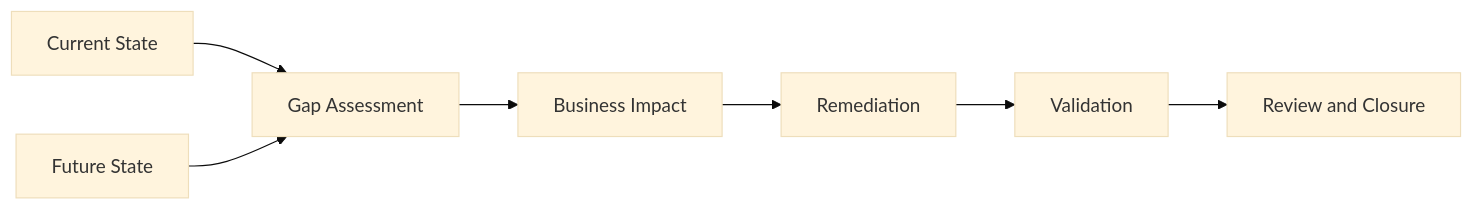
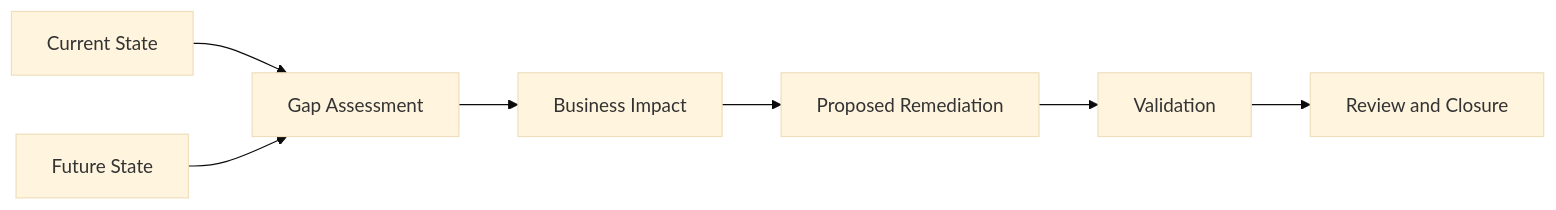
The second of 3 diagrams in README.md (JamieChristian22/business-analyst-portfolio), drawn with Mermaid (base theme) before and after one commit. The commit also changed other lines of this file, not shown here.

````diff
--- a/README.md
+++ b/README.md
@@ -396,9 +392,9 @@
 ```mermaid
 flowchart LR
     A[Current State] --> C[Gap Assessment]
     B[Future State] --> C
     C --> D[Business Impact]
-    D --> E[Remediation]
+    D --> E[Proposed Remediation]
     E --> F[Validation]
     F --> G[Review and Closure]
 ```
````
